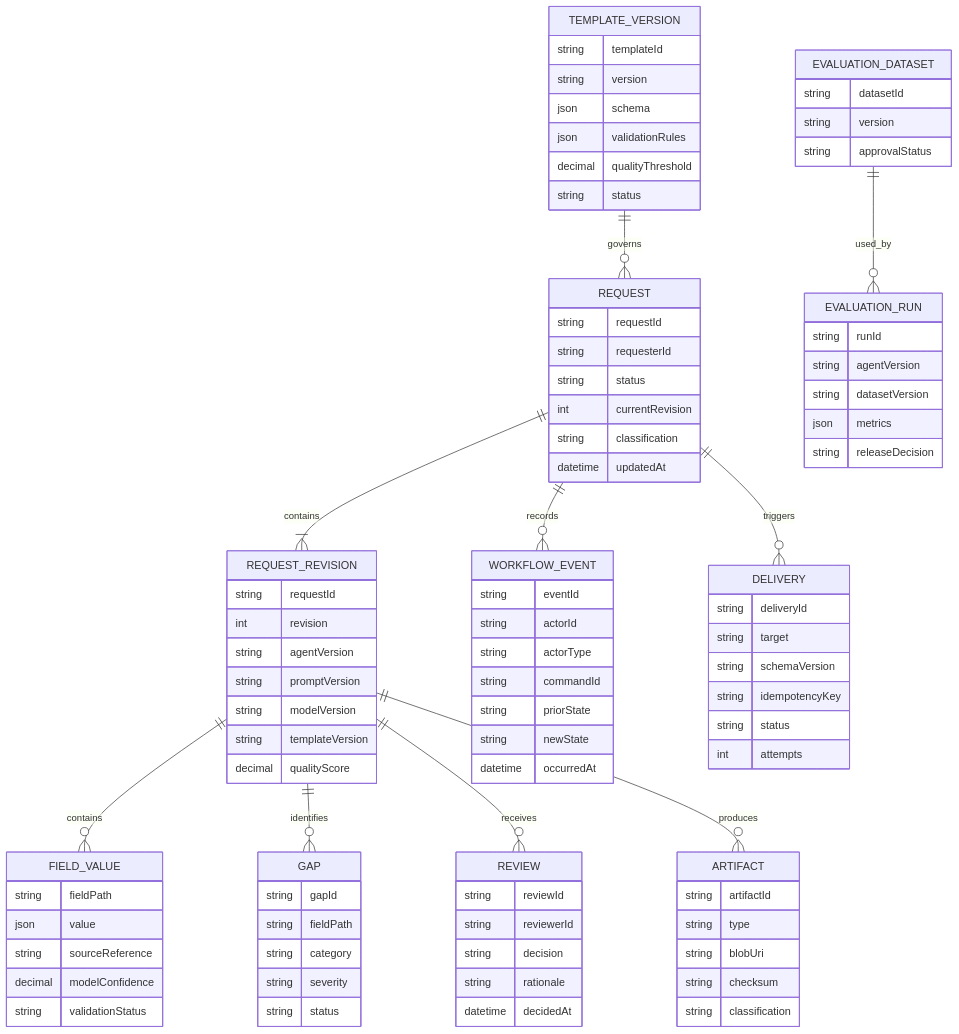
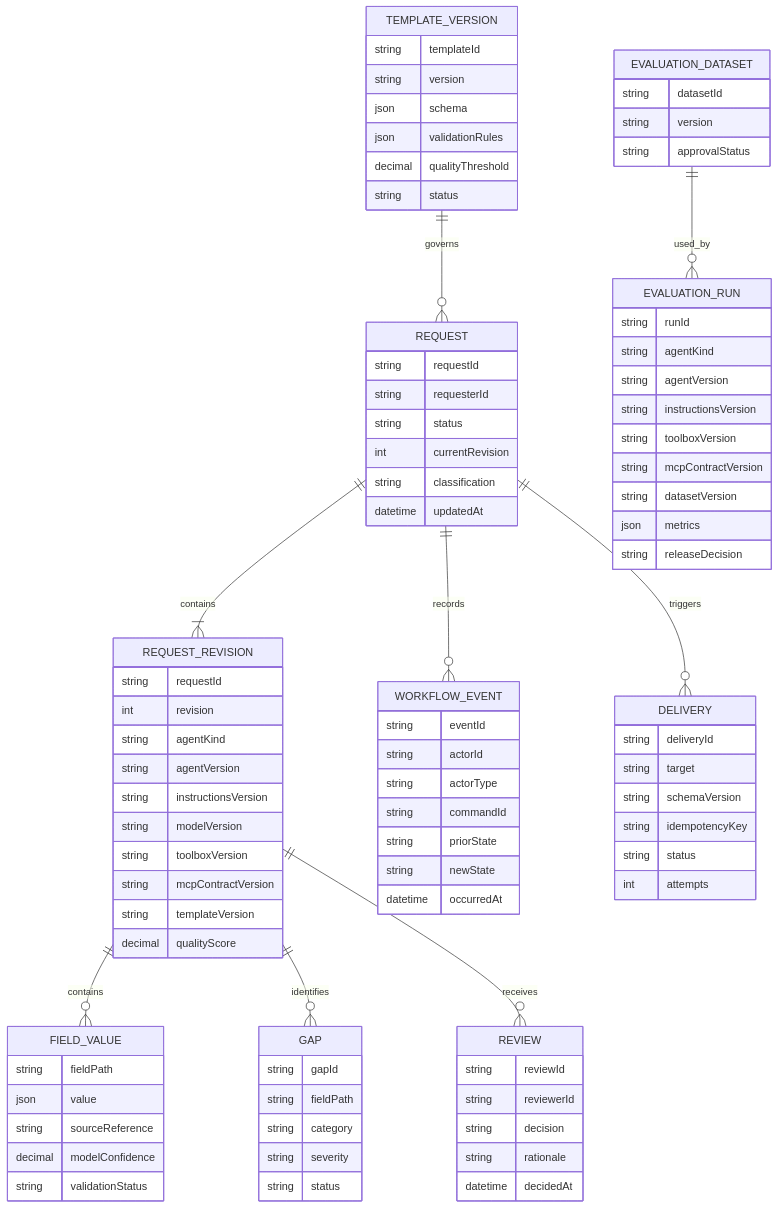
Before and after one commit to duongthaiha/intake-agent: the fourth of 13 diagrams in docs/architecture-design.md, drawn with Mermaid. The commit also changed other lines of this file and 1 other file, not shown here.

```diff
--- a/docs/architecture-design.md
+++ b/docs/architecture-design.md
@@ -346,7 +410,6 @@
     REQUEST_REVISION ||--o{ FIELD_VALUE : contains
     REQUEST_REVISION ||--o{ GAP : identifies
     REQUEST_REVISION ||--o{ REVIEW : receives
-    REQUEST_REVISION ||--o{ ARTIFACT : produces
     REQUEST ||--o{ WORKFLOW_EVENT : records
     REQUEST ||--o{ DELIVERY : triggers
     EVALUATION_DATASET ||--o{ EVALUATION_RUN : used_by
@@ -370,9 +433,12 @@
     REQUEST_REVISION {
         string requestId
         int revision
+        string agentKind
         string agentVersion
-        string promptVersion
+        string instructionsVersion
         string modelVersion
+        string toolboxVersion
+        string mcpContractVersion
         string templateVersion
         decimal qualityScore
     }
@@ -396,13 +462,6 @@
         string decision
         string rationale
         datetime decidedAt
-    }
-    ARTIFACT {
-        string artifactId
-        string type
-        string blobUri
-        string checksum
-        string classification
     }
     WORKFLOW_EVENT {
         string eventId
@@ -428,7 +487,11 @@
     }
     EVALUATION_RUN {
         string runId
+        string agentKind
         string agentVersion
+        string instructionsVersion
+        string toolboxVersion
+        string mcpContractVersion
         string datasetVersion
         json metrics
         string releaseDecision
```
